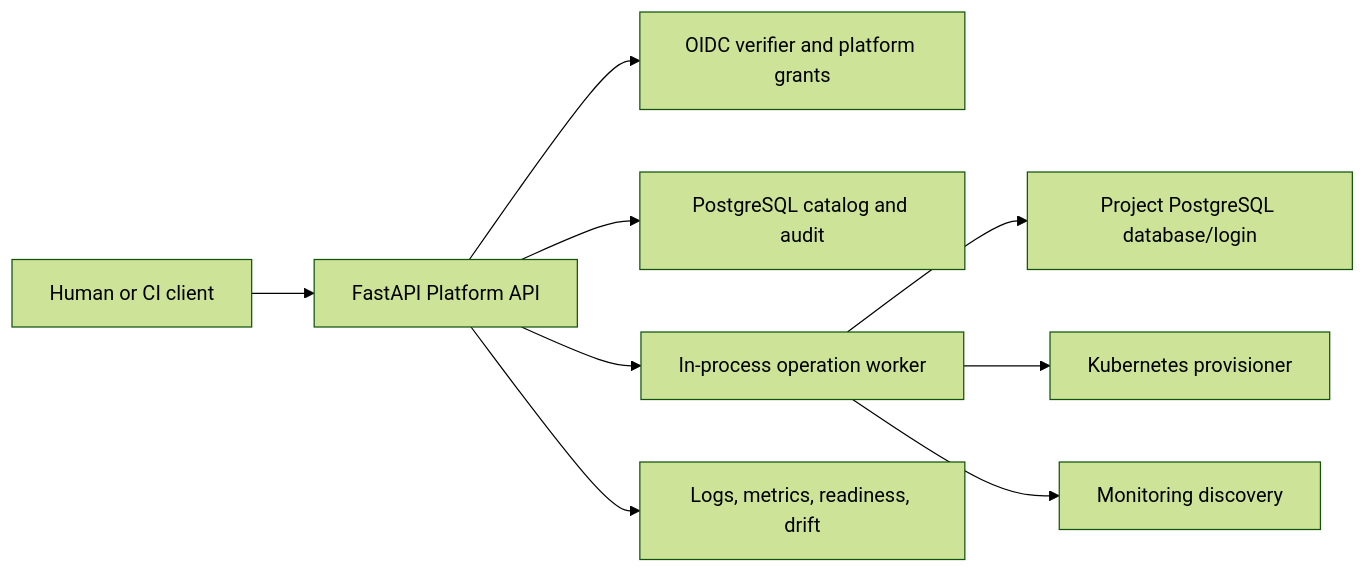
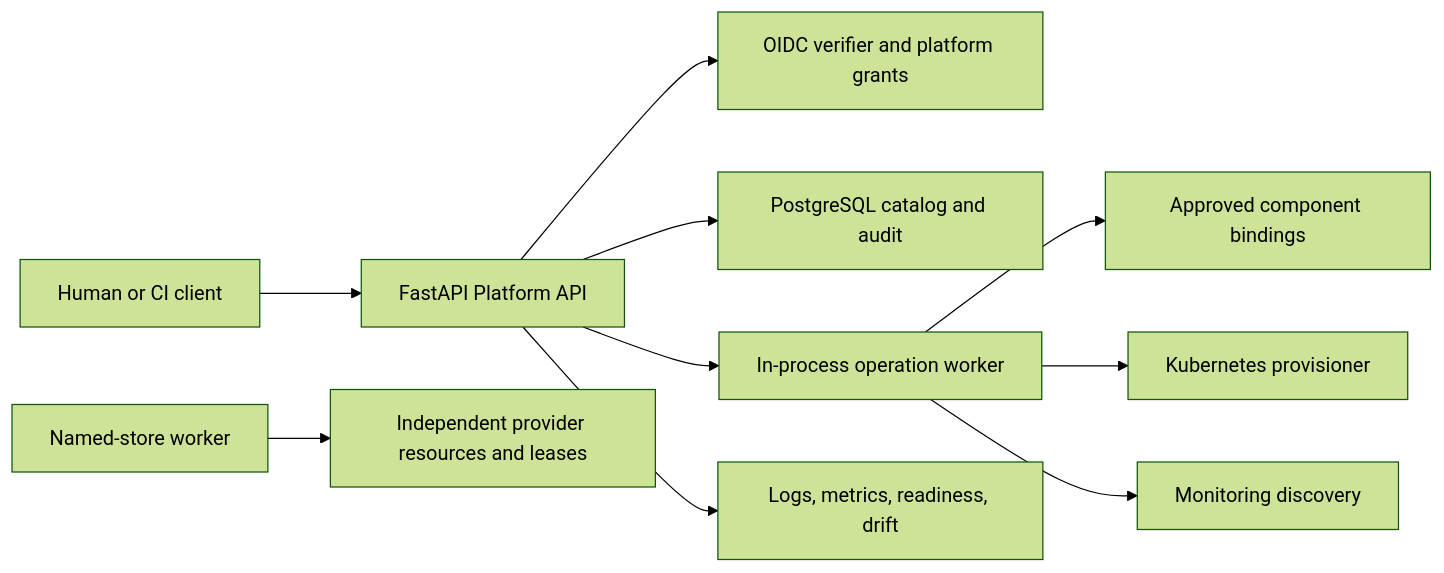
One commit to eseidinger/developer-platform changed the first of 3 diagrams in docs/architecture/platform-application.md. Above: the diagram before and after it, drawn with Mermaid (forest theme). The commit also changed other lines of this file and 65 other files, not shown here.

````diff
--- a/docs/architecture/platform-application.md
+++ b/docs/architecture/platform-application.md
@@ -16,11 +16,12 @@
 ```mermaid
 flowchart LR
   Client[Human or CI client] --> API[FastAPI Platform API]
   API --> Auth[OIDC verifier and platform grants]
   API --> Catalog[PostgreSQL catalog and audit]
   API --> Worker[In-process operation worker]
-  Worker --> DB[Project PostgreSQL database/login]
+  Worker --> Bindings[Approved component bindings]
+  Stores[Named-store worker] --> DB[Independent provider resources and leases]
   Worker --> K8s[Kubernetes provisioner]
   Worker --> Discovery[Monitoring discovery]
   API --> Observe[Logs, metrics, readiness, drift]
 ```
````
